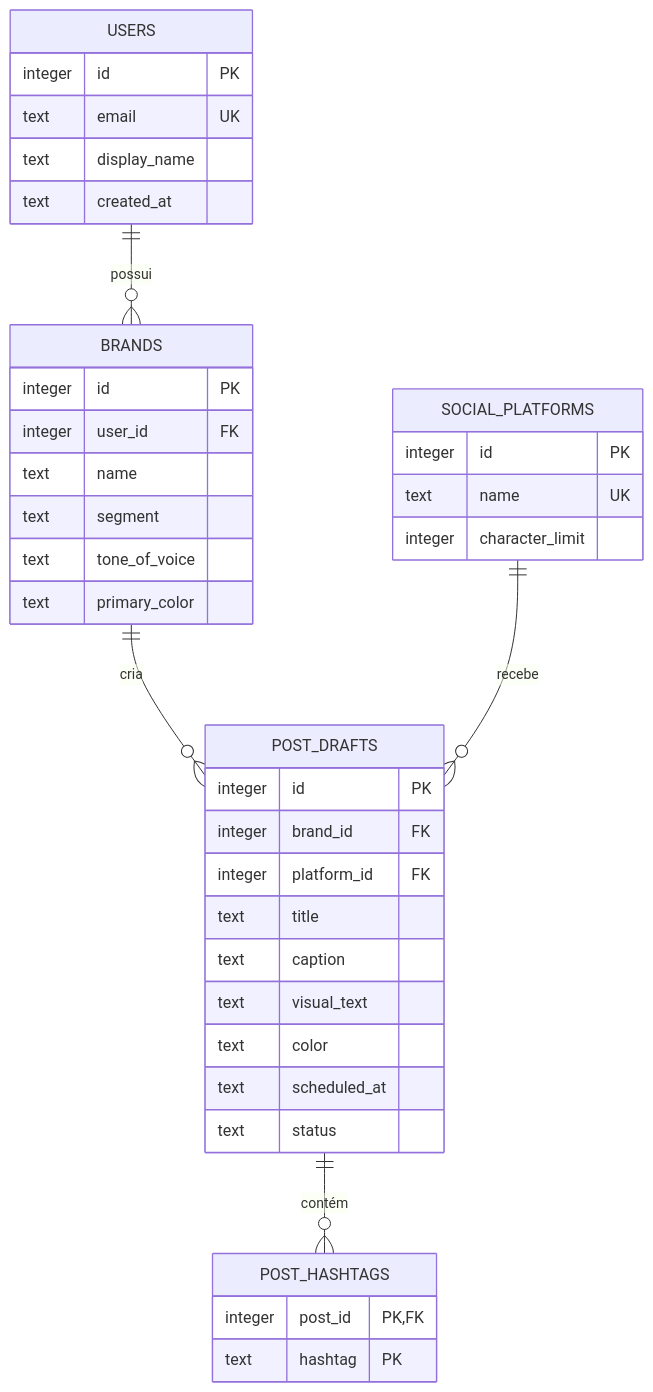
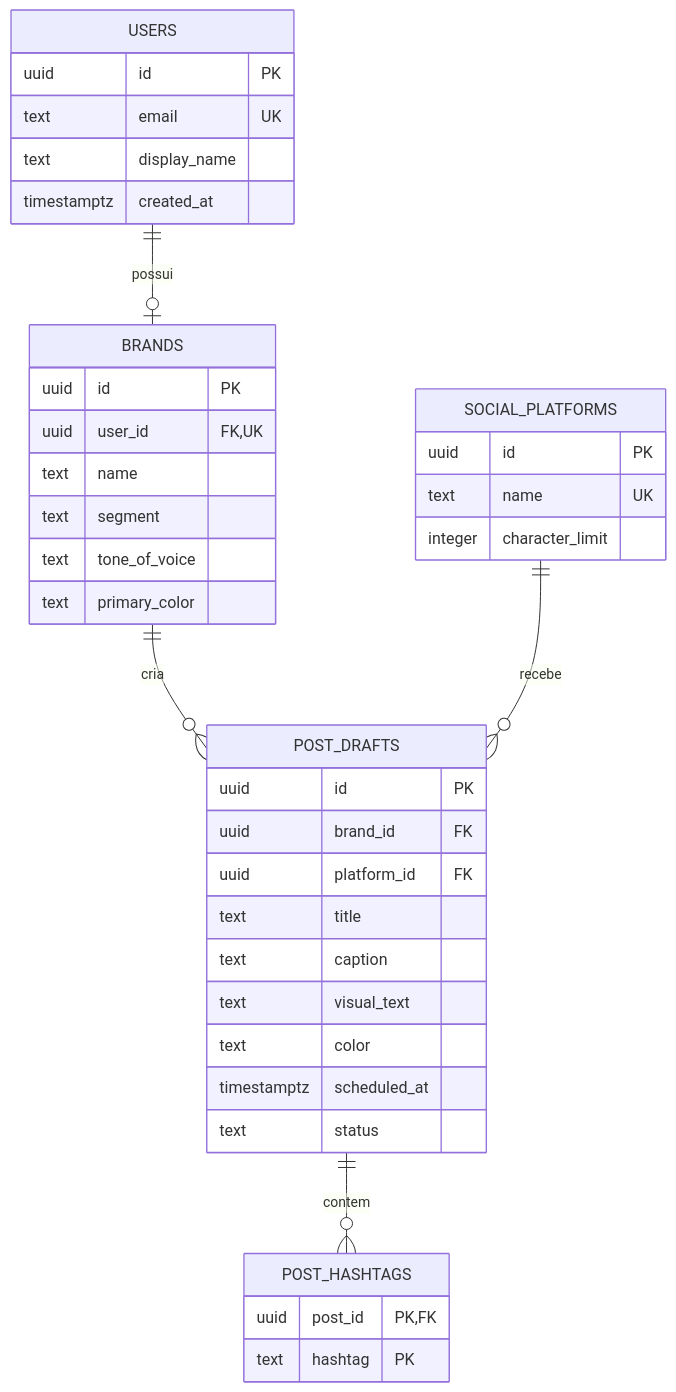
The diagram in database/README.md (JoaovSilva2005/PostFlow), drawn with Mermaid before and after one commit. The commit also changed other lines of this file and 33 other files, not shown here.

````diff
--- a/database/README.md
+++ b/database/README.md
@@ -38,46 +44,46 @@
 ```mermaid
 erDiagram
-    USERS ||--o{ BRANDS : possui
+    USERS ||--o| BRANDS : possui
     BRANDS ||--o{ POST_DRAFTS : cria
     SOCIAL_PLATFORMS ||--o{ POST_DRAFTS : recebe
-    POST_DRAFTS ||--o{ POST_HASHTAGS : contém
+    POST_DRAFTS ||--o{ POST_HASHTAGS : contem
 
     USERS {
-        integer id PK
+        uuid id PK
         text email UK
         text display_name
-        text created_at
+        timestamptz created_at
     }
 
     BRANDS {
-        integer id PK
-        integer user_id FK
+        uuid id PK
+        uuid user_id FK,UK
         text name
         text segment
         text tone_of_voice
         text primary_color
     }
 
     SOCIAL_PLATFORMS {
-        integer id PK
+        uuid id PK
         text name UK
         integer character_limit
     }
 
     POST_DRAFTS {
-        integer id PK
-        integer brand_id FK
-        integer platform_id FK
+        uuid id PK
+        uuid brand_id FK
+        uuid platform_id FK
         text title
         text caption
         text visual_text
         text color
-        text scheduled_at
+        timestamptz scheduled_at
         text status
     }
 
     POST_HASHTAGS {
-        integer post_id PK, FK
+        uuid post_id PK,FK
         text hashtag PK
     }
 ```
````
